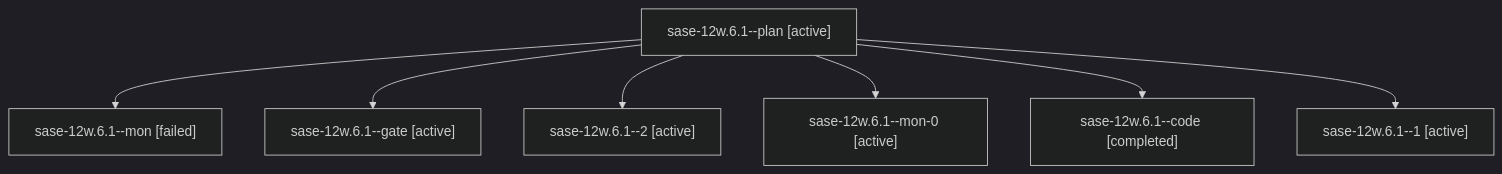
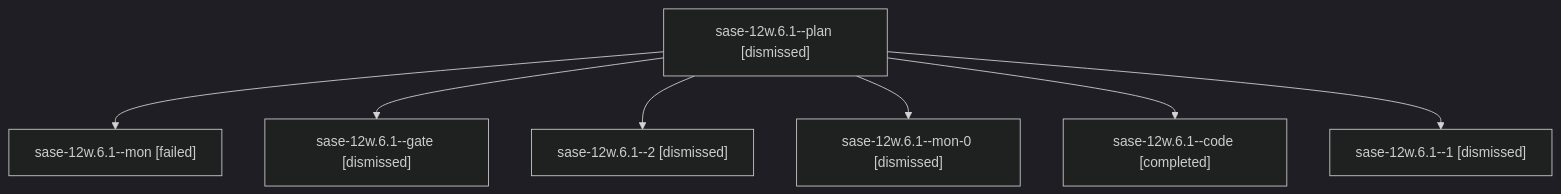
The diagram in sessions/bbugyi200.athena.sase-12w.6.1.md (sase-org/sase--agents), drawn with Mermaid (dark theme) before and after one commit. The commit also changed other lines of this file and 219 other files, not shown here.

````diff
--- a/sessions/bbugyi200.athena.sase-12w.6.1.md
+++ b/sessions/bbugyi200.athena.sase-12w.6.1.md
@@ -9,16 +9,16 @@
 ```mermaid
 flowchart TD
-  n0["sase-12w.6.1--plan [active]"]
+  n0["sase-12w.6.1--plan [dismissed]"]
   n1["sase-12w.6.1--mon [failed]"]
   n0 --> n1
-  n2["sase-12w.6.1--gate [active]"]
+  n2["sase-12w.6.1--gate [dismissed]"]
   n0 --> n2
-  n3["sase-12w.6.1--2 [active]"]
+  n3["sase-12w.6.1--2 [dismissed]"]
   n0 --> n3
-  n4["sase-12w.6.1--mon-0 [active]"]
+  n4["sase-12w.6.1--mon-0 [dismissed]"]
   n0 --> n4
   n5["sase-12w.6.1--code [completed]"]
   n0 --> n5
-  n6["sase-12w.6.1--1 [active]"]
+  n6["sase-12w.6.1--1 [dismissed]"]
   n0 --> n6
 ```
````
